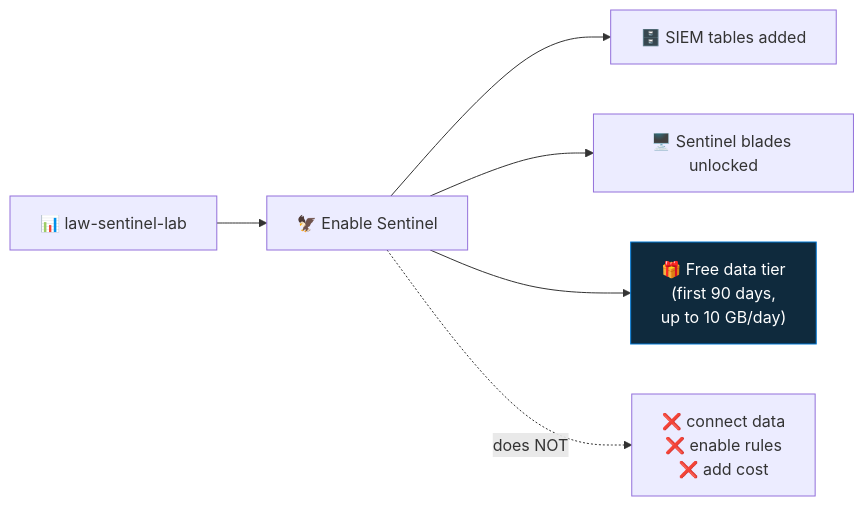
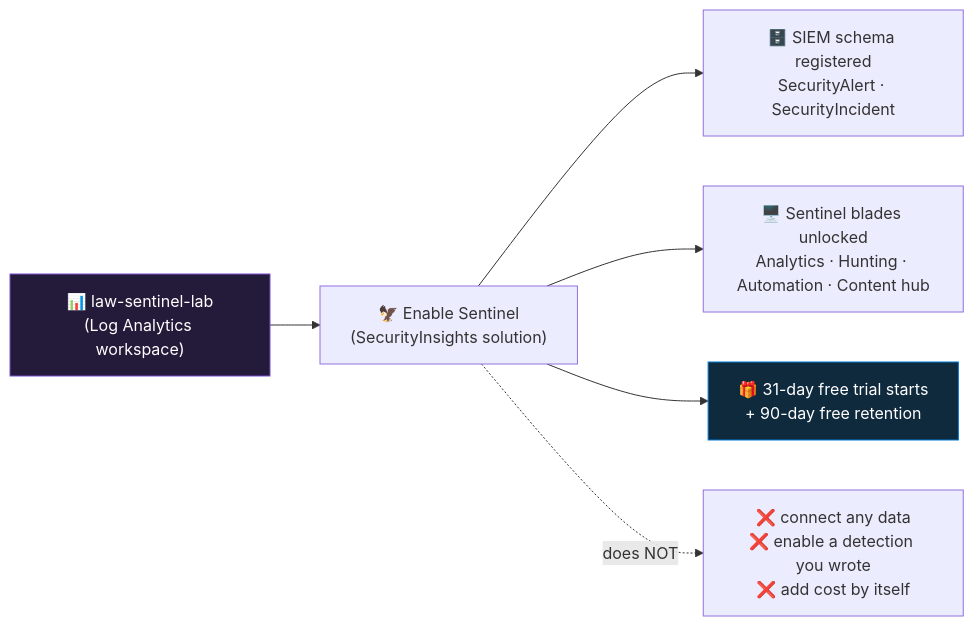
Before and after one commit to Tarun2000AD/microsoft-sentinel-live-learning: the diagram in 02-enable-sentinel/README.md, drawn with Mermaid. The commit also changed other lines of this file and 4 other files, not shown here.

````diff
--- a/02-enable-sentinel/README.md
+++ b/02-enable-sentinel/README.md
@@ -34,9 +83,10 @@
 ```mermaid
 flowchart LR
-    W["📊 law-sentinel-lab"] --> E["🦅 Enable Sentinel"]
-    E --> T["🗄️ SIEM tables added"]
-    E --> B["🖥️ Sentinel blades unlocked"]
-    E --> F["🎁 Free data tier<br/>(first 90 days,<br/>up to 10 GB/day)"]
-    E -.->|does NOT| X["❌ connect data<br/>❌ enable rules<br/>❌ add cost"]
+    W["📊 law-sentinel-lab<br/>(Log Analytics workspace)"] --> E["🦅 Enable Sentinel<br/>(SecurityInsights solution)"]
+    E --> T["🗄️ SIEM schema registered<br/>SecurityAlert · SecurityIncident"]
+    E --> B["🖥️ Sentinel blades unlocked<br/>Analytics · Hunting · Automation · Content hub"]
+    E --> F["🎁 31-day free trial starts<br/>+ 90-day free retention"]
+    E -.->|does NOT| X["❌ connect any data<br/>❌ enable a detection you wrote<br/>❌ add cost by itself"]
+    style W fill:#241a3a,stroke:#7b4fd0,color:#fff
     style F fill:#0f2a3d,stroke:#0078D4,color:#fff
 ```
````
